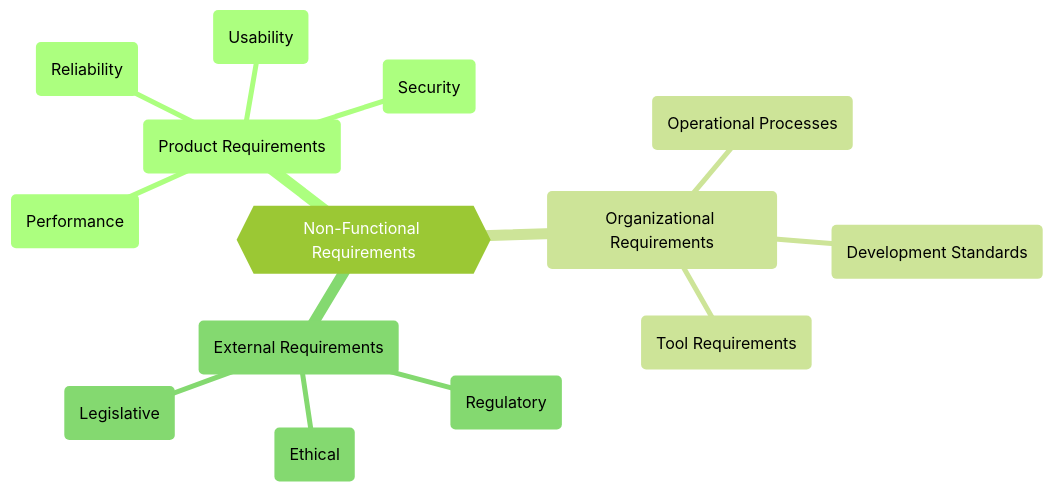
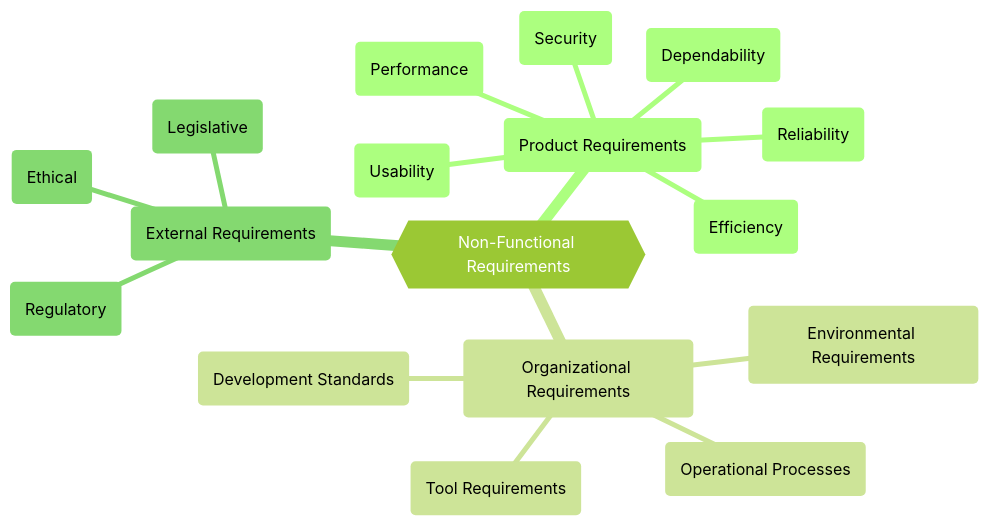
The first of 2 diagrams in docs/mca/se/unit_11/1_functional_non-functional.md (sujith-eag/sujith-library), drawn with Mermaid (forest theme) before and after one commit. The commit also changed other lines of this file and 3 other files, not shown here.

````diff
--- a/docs/mca/se/unit_11/1_functional_non-functional.md
+++ b/docs/mca/se/unit_11/1_functional_non-functional.md
@@ -147,17 +67,20 @@
 ```mermaid
 mindmap
   root{{Non-Functional Requirements}}
     ("Product Requirements")
       ("Performance")
       ("Reliability")
       ("Security")
       ("Usability")
+      ("Efficiency")
+      ("Dependability")
     ("Organizational Requirements")
       ("Operational Processes")
       ("Development Standards")
       ("Tool Requirements")
+      ("Environmental Requirements")
     ("External Requirements")
       ("Regulatory")
       ("Ethical")
       ("Legislative")
 ```
````
